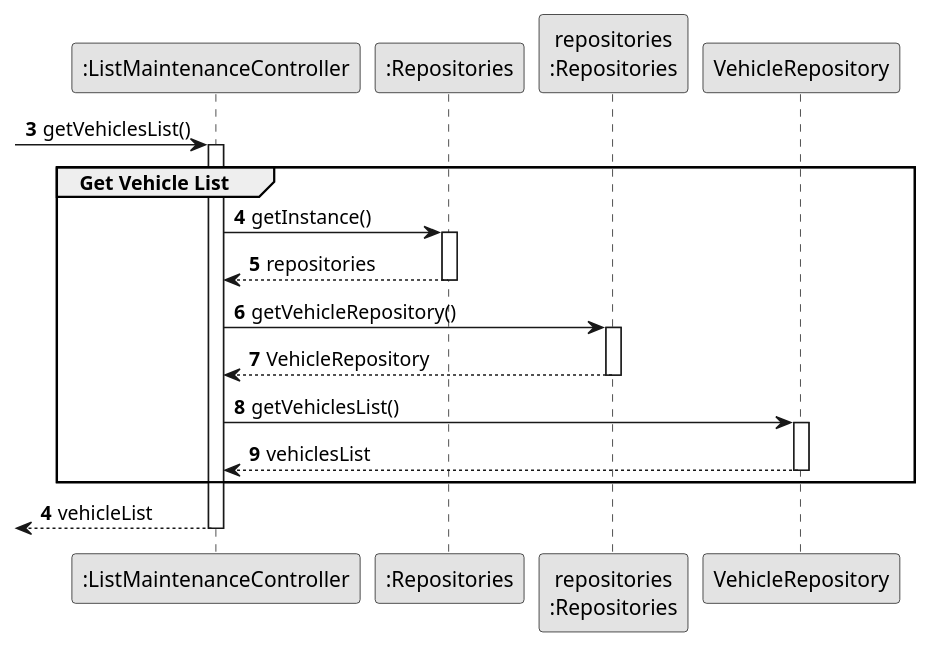
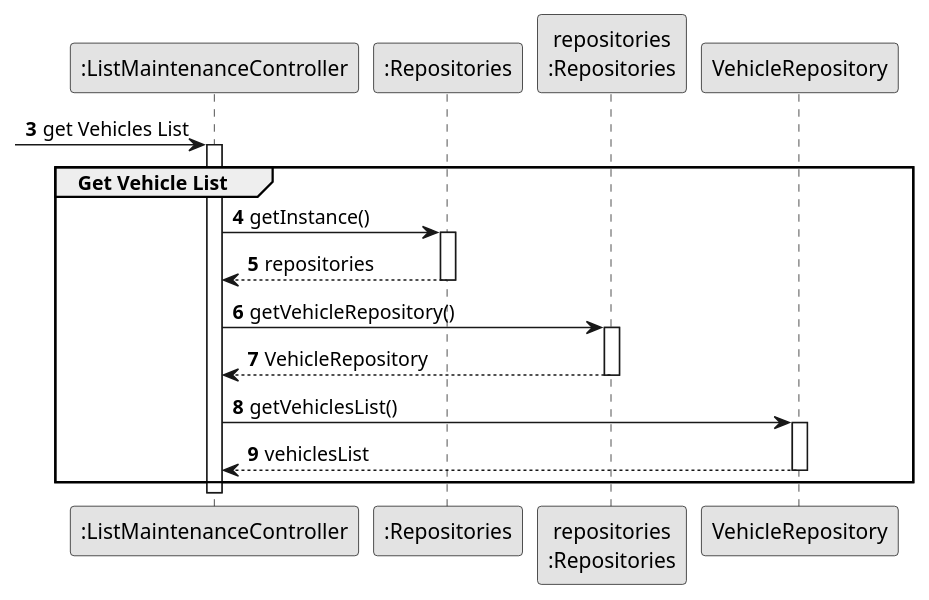
The diagram in docs/sprintB/us008/03.design/puml/us008-sequence-diagram-partial-get-vehicle-list.puml (ricardomm7/leaflink), drawn with PlantUML before and after one commit. The commit also changed 9 other files, not shown here.

Commit message:
LFC2-150<Update US008 Readme.md and Class Diagram> LFC2-90<Update SSD>

```diff
--- a/docs/sprintB/us008/03.design/puml/us008-sequence-diagram-partial-get-vehicle-list.puml
+++ b/docs/sprintB/us008/03.design/puml/us008-sequence-diagram-partial-get-vehicle-list.puml
@@ -1,46 +1,45 @@
 @startuml
 skinparam monochrome true
 skinparam packageStyle rectangle
 skinparam shadowing false
 
 autonumber
 
 'hide footbox
 
 participant ":ListMaintenanceController" as CTRL
 participant ":Repositories" as RepositorySingleton
 participant "repositories\n:Repositories" as PLAT
 
 autonumber 3
 
- -> CTRL : getVehiclesList()
+ -> CTRL : get Vehicles List
 activate CTRL
     group Get Vehicle List
 
 
             CTRL -> RepositorySingleton : getInstance()
             activate RepositorySingleton
 
             RepositorySingleton --> CTRL: repositories
             deactivate RepositorySingleton
 
             CTRL -> PLAT : getVehicleRepository()
             activate PLAT
 
             PLAT --> CTRL: VehicleRepository
             deactivate PLAT
 
             CTRL -> VehicleRepository : getVehiclesList()
             activate VehicleRepository
 
             VehicleRepository --> CTRL : vehiclesList
             deactivate VehicleRepository
 
     end
 
     autonumber 4
-    <-- CTRL  : vehicleList
 deactivate CTRL
 
 
 @enduml
```
